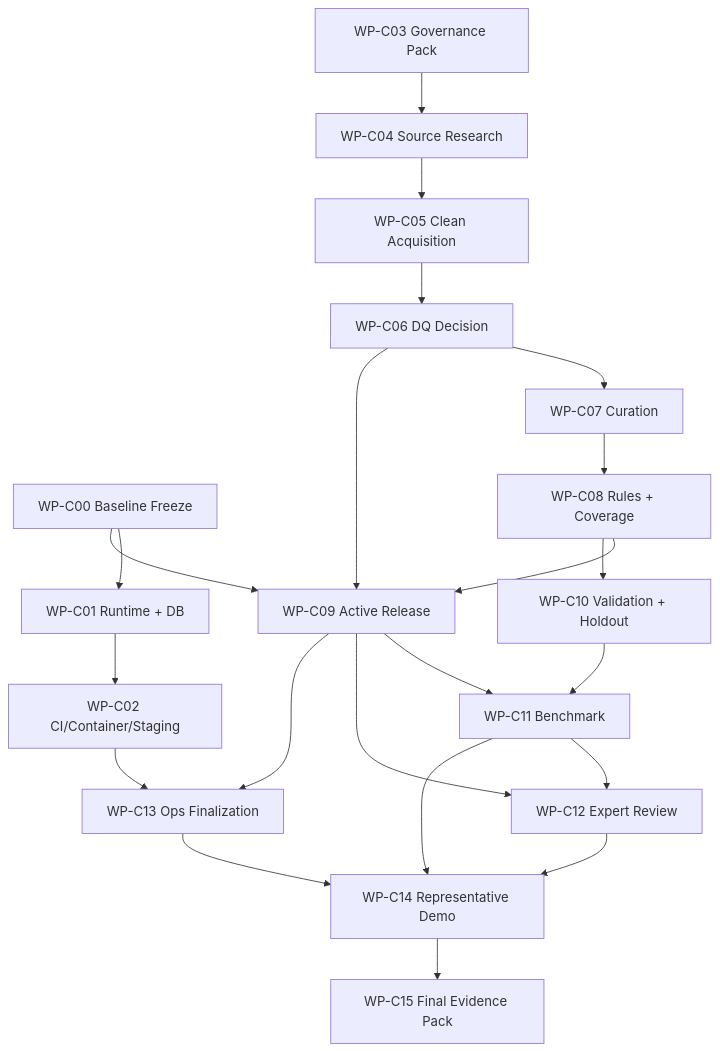
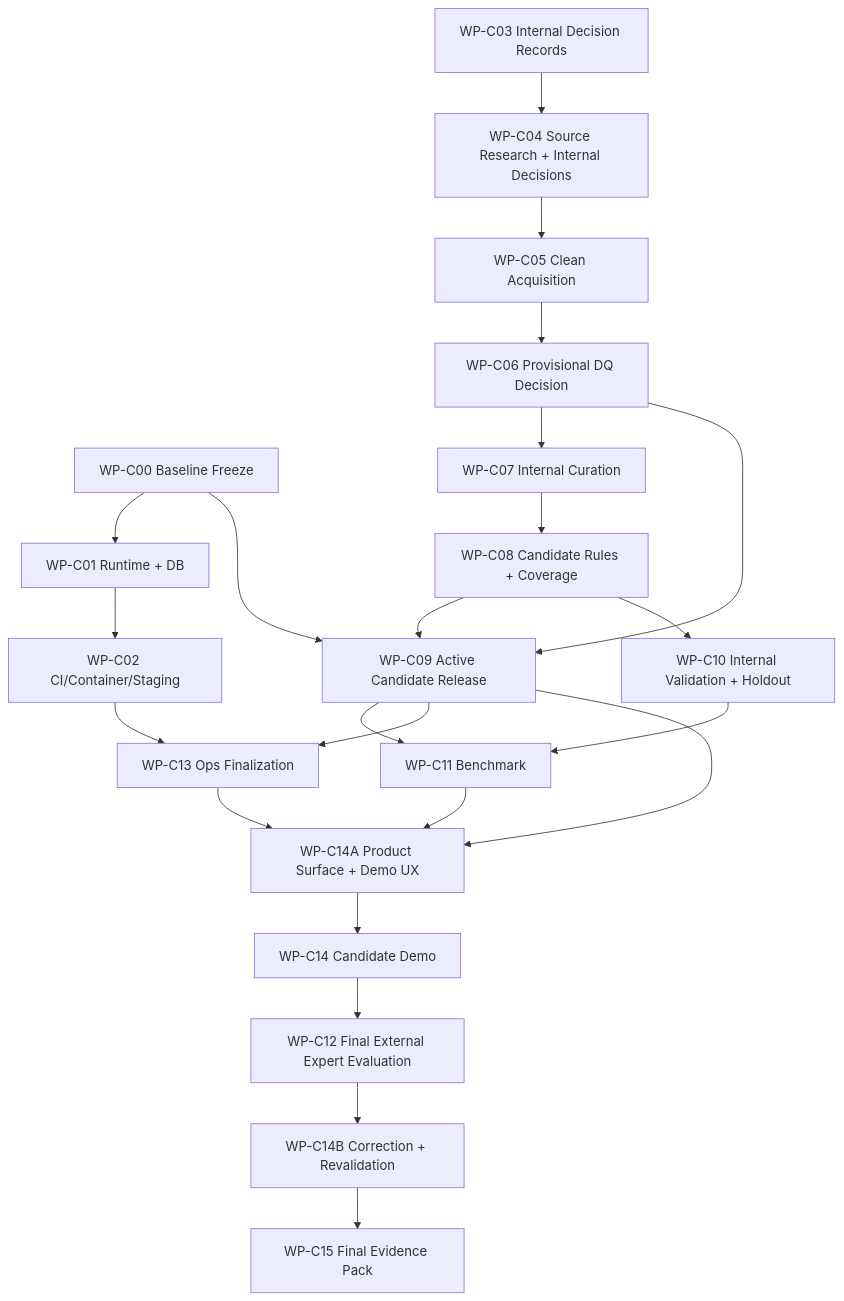
One commit to mavniselimi/biyoteknoloji changed the second of 2 diagrams in PGx_Platform_V2_Final_THS6_Closure_Architecture_WPs.md. Above: the diagram before and after it, drawn with Mermaid. The commit also changed other lines of this file and 12 other files, not shown here.

````diff
--- a/PGx_Platform_V2_Final_THS6_Closure_Architecture_WPs.md
+++ b/PGx_Platform_V2_Final_THS6_Closure_Architecture_WPs.md
@@ -1382,52 +1680,54 @@
 ```mermaid
 flowchart TD
 
     C00["WP-C00 Baseline Freeze"]
     C01["WP-C01 Runtime + DB"]
     C02["WP-C02 CI/Container/Staging"]
 
-    C03["WP-C03 Governance Pack"]
-    C04["WP-C04 Source Research"]
+    C03["WP-C03 Internal Decision Records"]
+    C04["WP-C04 Source Research + Internal Decisions"]
 
     C05["WP-C05 Clean Acquisition"]
-    C06["WP-C06 DQ Decision"]
-    C07["WP-C07 Curation"]
-    C08["WP-C08 Rules + Coverage"]
-    C09["WP-C09 Active Release"]
+    C06["WP-C06 Provisional DQ Decision"]
+    C07["WP-C07 Internal Curation"]
+    C08["WP-C08 Candidate Rules + Coverage"]
+    C09["WP-C09 Active Candidate Release"]
 
-    C10["WP-C10 Validation + Holdout"]
+    C10["WP-C10 Internal Validation + Holdout"]
     C11["WP-C11 Benchmark"]
-    C12["WP-C12 Expert Review"]
+    C12["WP-C12 Final External Expert Evaluation"]
     C13["WP-C13 Ops Finalization"]
-    C14["WP-C14 Representative Demo"]
+    C14A["WP-C14A Product Surface + Demo UX"]
+    C14["WP-C14 Candidate Demo"]
+    C14B["WP-C14B Correction + Revalidation"]
     C15["WP-C15 Final Evidence Pack"]
 
     C00 --> C01
     C01 --> C02
 
     C03 --> C04
     C04 --> C05
     C05 --> C06
     C06 --> C07
     C07 --> C08
 
     C00 --> C09
     C06 --> C09
     C08 --> C09
 
     C08 --> C10
     C10 --> C11
     C09 --> C11
 
-    C11 --> C12
-    C09 --> C12
-
     C02 --> C13
     C09 --> C13
 
-    C12 --> C14
-    C13 --> C14
-    C11 --> C14
+    C09 --> C14A
+    C11 --> C14A
+    C13 --> C14A
 
-    C14 --> C15
+    C14A --> C14
+    C14 --> C12
+    C12 --> C14B
+    C14B --> C15
 ```
````
